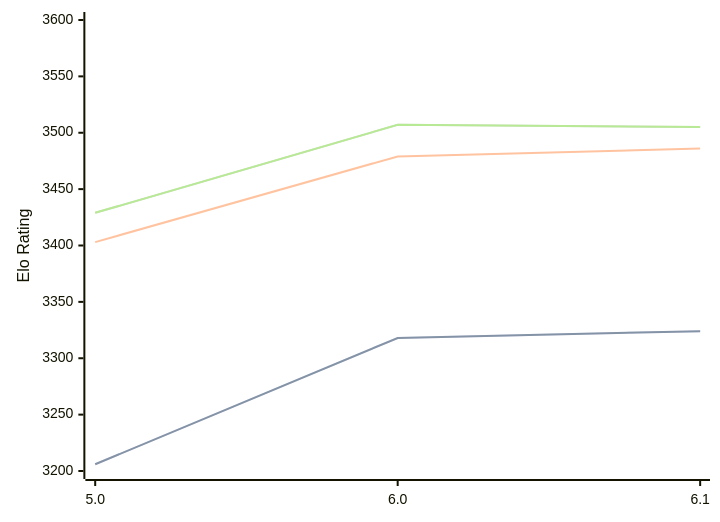
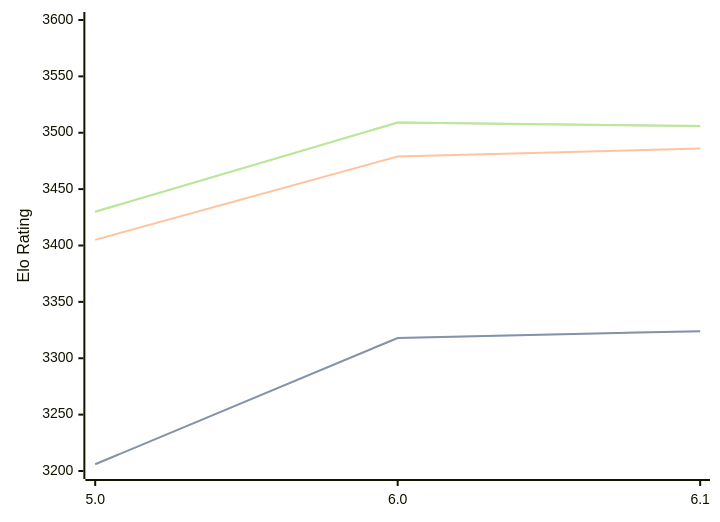
The diagram in engines/Starzix.md (computer-chess-index/cci), drawn with Mermaid before and after one commit. The commit also changed other lines of this file, not shown here.

Commit message:
Update CCI Ratings (ELO VLTC) - 2026-08-20

````diff
--- a/engines/Starzix.md
+++ b/engines/Starzix.md
@@ -33,11 +33,11 @@
 ```mermaid
 %%{init: {"theme":"base","themeVariables":{"seriesColors:['#a3a3a3','#222221','#faa371']}}}%%
 xychart-beta
   x-axis ["5.0", "6.0", "6.1"]
   y-axis "Elo Rating" 3200 --> 3600
   line "STC (8.0+0.08s)" [3206, 3318, 3324]
   line "STC (8.0+0.08s)" [3206, 3318, 3324]
-  line "LTC (60.0+0.60s)" [3403, 3479, 3486]
-  line "VLTC (2m24s+1.12s)" [3429, 3507, 3505]
-  line "VLTC (2m24s+1.12s)" [3429, 3507, 3505]
+  line "LTC (60.0+0.60s)" [3405, 3479, 3486]
+  line "VLTC (2m24s+1.12s)" [3430, 3509, 3506]
+  line "VLTC (2m24s+1.12s)" [3430, 3509, 3506]
 ```
````
